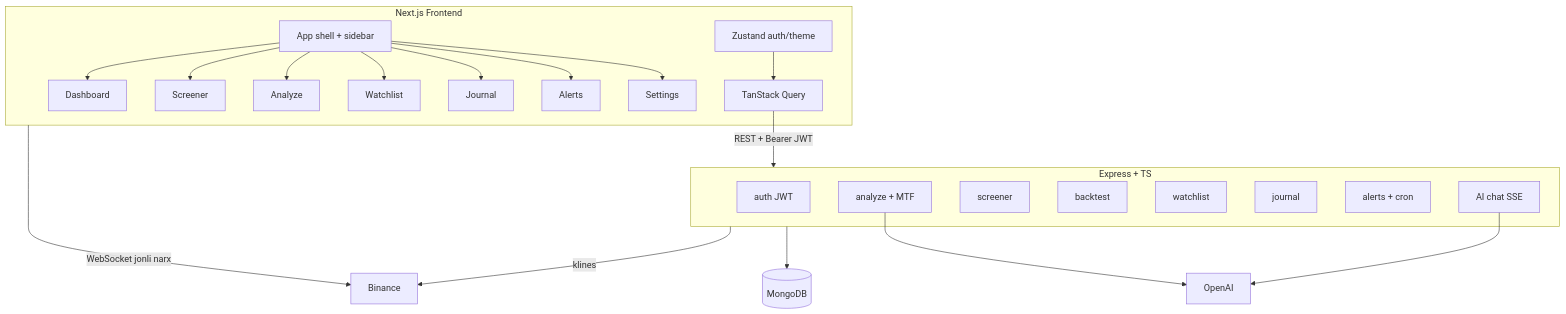
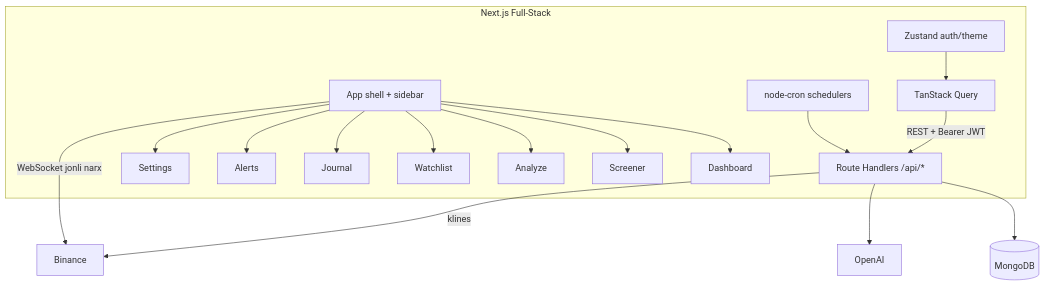
Before and after one commit to Jakh0n/easytrade: the diagram in README.md, drawn with Mermaid. The commit also changed other lines of this file and 142 other files, not shown here.

````diff
--- a/README.md
+++ b/README.md
@@ -46,26 +45,18 @@
 ```mermaid
 flowchart TD
-  subgraph FE [Next.js Frontend]
-    Shell[App shell + sidebar]
+  subgraph App [Next.js Full-Stack]
+    UI[App shell + sidebar]
+    API[Route Handlers /api/*]
+    Cron[node-cron schedulers]
     Query[TanStack Query]
     Store[Zustand auth/theme]
-    Shell --> Dashboard & Screener & Analyze & Watchlist & Journal & Alerts & Settings
+    UI --> Dashboard & Screener & Analyze & Watchlist & Journal & Alerts & Settings
+    Query -->|REST + Bearer JWT| API
+    Store --> Query
+    Cron --> API
   end
-  subgraph BE [Express + TS]
-    Auth[auth JWT]
-    AnalyzeC[analyze + MTF]
-    ScreenerC[screener]
-    Backtest[backtest]
-    WL[watchlist]
-    Jrnl[journal]
-    AlertC[alerts + cron]
-    Chat[AI chat SSE]
-  end
-  Query -->|REST + Bearer JWT| BE
-  Store --> Query
-  BE --> Mongo[(MongoDB)]
-  AnalyzeC --> OpenAI
-  Chat --> OpenAI
-  FE -->|WebSocket jonli narx| Binance
-  BE -->|klines| Binance
+  API --> Mongo[(MongoDB)]
+  API --> OpenAI
+  UI -->|WebSocket jonli narx| Binance
+  API -->|klines| Binance
 ```
````
